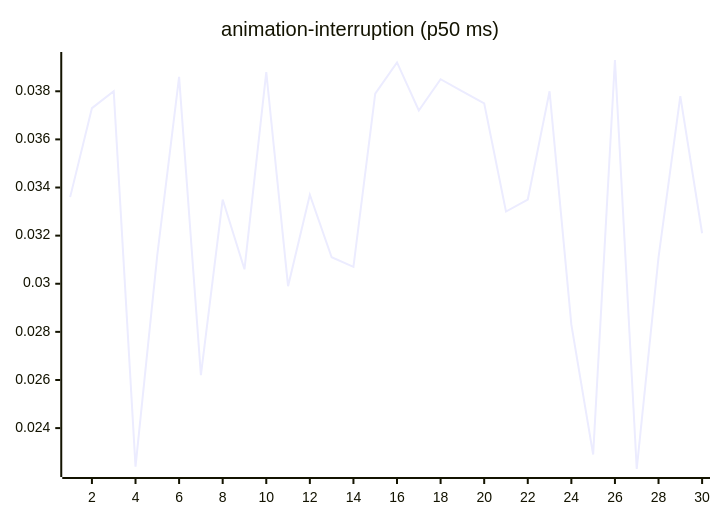
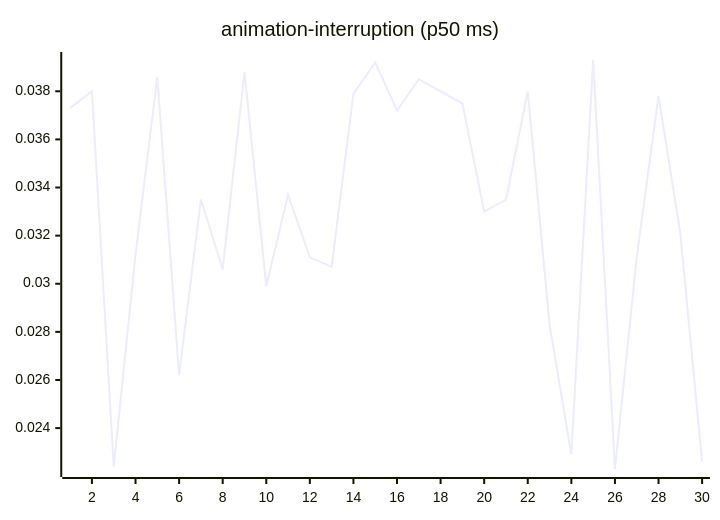
The third of 27 diagrams in README.md (josha/Facet), drawn with Mermaid before and after one commit. The commit also changed other lines of this file and 2 other files, not shown here.

````diff
--- a/README.md
+++ b/README.md
@@ -77,6 +77,6 @@
 ```mermaid
 xychart-beta
     title "animation-interruption (p50 ms)"
     x-axis 1 --> 30
-    line [0.0336, 0.0373, 0.0380, 0.0224, 0.0312, 0.0386, 0.0262, 0.0335, 0.0306, 0.0388, 0.0299, 0.0337, 0.0311, 0.0307, 0.0379, 0.0392, 0.0372, 0.0385, 0.0380, 0.0375, 0.0330, 0.0335, 0.0380, 0.0283, 0.0229, 0.0393, 0.0223, 0.0311, 0.0378, 0.0321]
+    line [0.0373, 0.0380, 0.0224, 0.0312, 0.0386, 0.0262, 0.0335, 0.0306, 0.0388, 0.0299, 0.0337, 0.0311, 0.0307, 0.0379, 0.0392, 0.0372, 0.0385, 0.0380, 0.0375, 0.0330, 0.0335, 0.0380, 0.0283, 0.0229, 0.0393, 0.0223, 0.0311, 0.0378, 0.0321, 0.0226]
 ```
````
